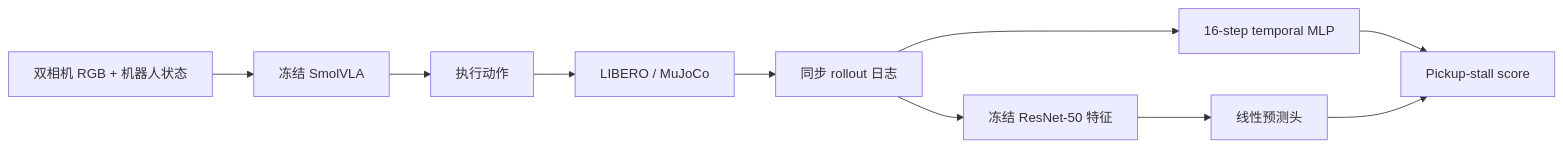
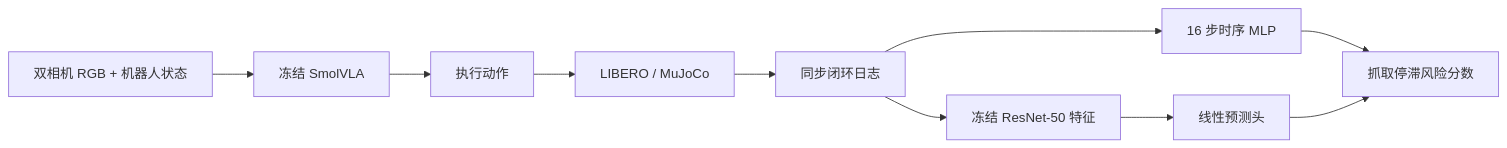
Before and after one commit to hoo01/vlasafe: the diagram in README_PUBLIC.md, drawn with Mermaid. The commit also changed other lines of this file and 3 other files, not shown here.

````diff
--- a/README_PUBLIC.md
+++ b/README_PUBLIC.md
@@ -27,12 +31,12 @@
 ```mermaid
 flowchart LR
     O["双相机 RGB + 机器人状态"] --> P["冻结 SmolVLA"]
     P --> A["执行动作"]
     A --> E["LIBERO / MuJoCo"]
-    E --> L["同步 rollout 日志"]
-    L --> T["16-step temporal MLP"]
+    E --> L["同步闭环日志"]
+    L --> T["16 步时序 MLP"]
     L --> R["冻结 ResNet-50 特征"]
     R --> H["线性预测头"]
-    T --> S["Pickup-stall score"]
+    T --> S["抓取停滞风险分数"]
     H --> S
 ```
````
